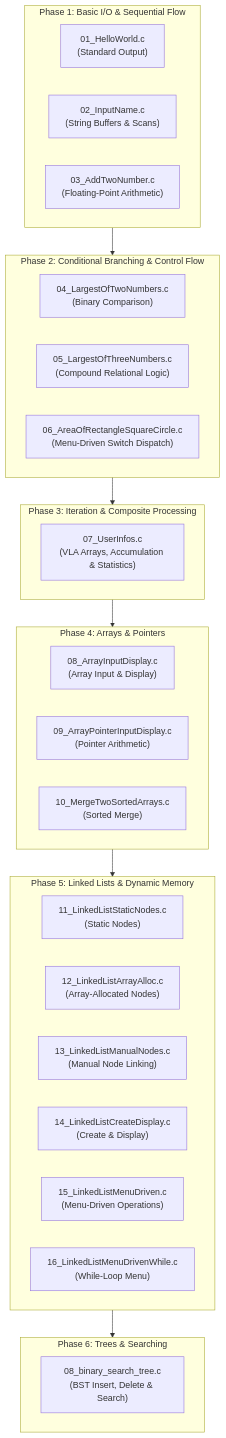
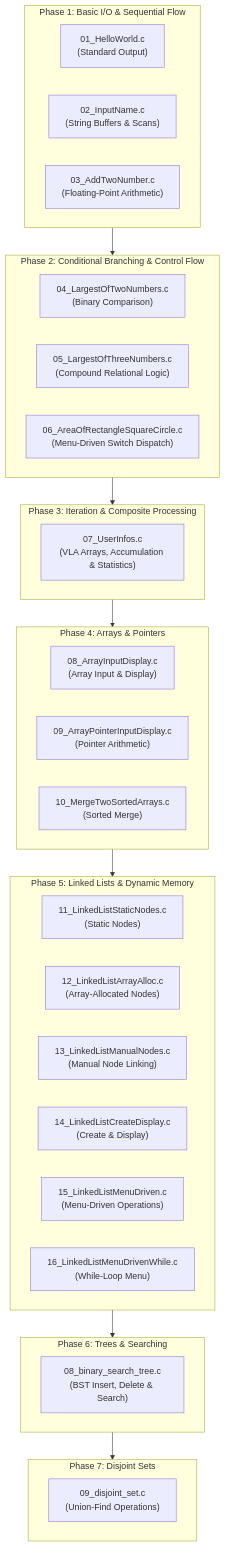
The diagram in README.md (ashfakhm/CET_MCA_1st_Sem_C_Programming), drawn with Mermaid before and after one commit. The commit also changed other lines of this file, not shown here.

Commit message:
docs: update program index

````diff
--- a/README.md
+++ b/README.md
@@ -18,39 +18,43 @@
 ```mermaid
 flowchart TD
     subgraph S1 [Phase 1: Basic I/O & Sequential Flow]
         P1["01_HelloWorld.c<br/>(Standard Output)"]
         P2["02_InputName.c<br/>(String Buffers & Scans)"]
         P3["03_AddTwoNumber.c<br/>(Floating-Point Arithmetic)"]
     end
 
     subgraph S2 [Phase 2: Conditional Branching & Control Flow]
         P4["04_LargestOfTwoNumbers.c<br/>(Binary Comparison)"]
         P5["05_LargestOfThreeNumbers.c<br/>(Compound Relational Logic)"]
         P6["06_AreaOfRectangleSquareCircle.c<br/>(Menu-Driven Switch Dispatch)"]
     end
 
     subgraph S3 [Phase 3: Iteration & Composite Processing]
         P7["07_UserInfos.c<br/>(VLA Arrays, Accumulation & Statistics)"]
     end
 
     subgraph S4 [Phase 4: Arrays & Pointers]
         P8["08_ArrayInputDisplay.c<br/>(Array Input & Display)"]
         P9["09_ArrayPointerInputDisplay.c<br/>(Pointer Arithmetic)"]
         P10["10_MergeTwoSortedArrays.c<br/>(Sorted Merge)"]
     end
 
     subgraph S5 [Phase 5: Linked Lists & Dynamic Memory]
         P11["11_LinkedListStaticNodes.c<br/>(Static Nodes)"]
         P12["12_LinkedListArrayAlloc.c<br/>(Array-Allocated Nodes)"]
         P13["13_LinkedListManualNodes.c<br/>(Manual Node Linking)"]
         P14["14_LinkedListCreateDisplay.c<br/>(Create & Display)"]
         P15["15_LinkedListMenuDriven.c<br/>(Menu-Driven Operations)"]
         P16["16_LinkedListMenuDrivenWhile.c<br/>(While-Loop Menu)"]
     end
 
     subgraph S6 [Phase 6: Trees & Searching]
         P17["08_binary_search_tree.c<br/>(BST Insert, Delete & Search)"]
     end
 
-    S1 --> S2 --> S3 --> S4 --> S5 --> S6
+    subgraph S7 [Phase 7: Disjoint Sets]
+        P18["09_disjoint_set.c<br/>(Union-Find Operations)"]
+    end
+
+    S1 --> S2 --> S3 --> S4 --> S5 --> S6 --> S7
 ```
````
